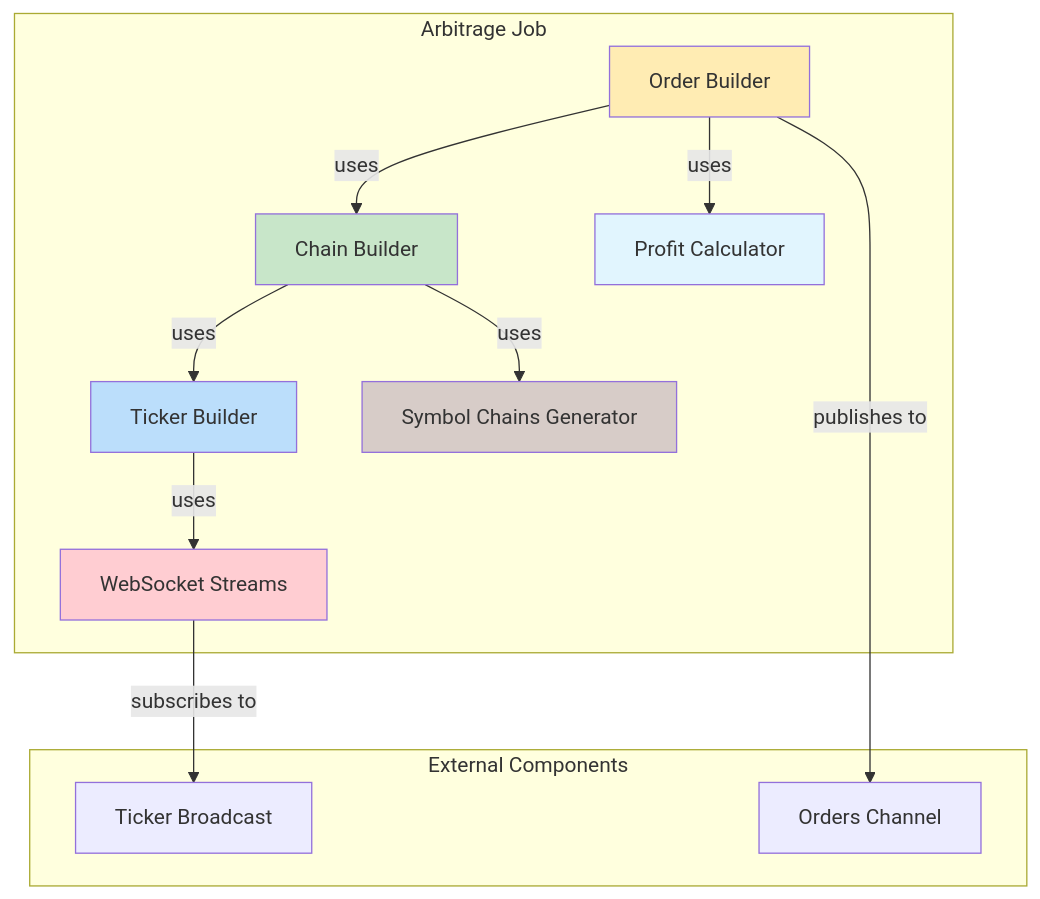
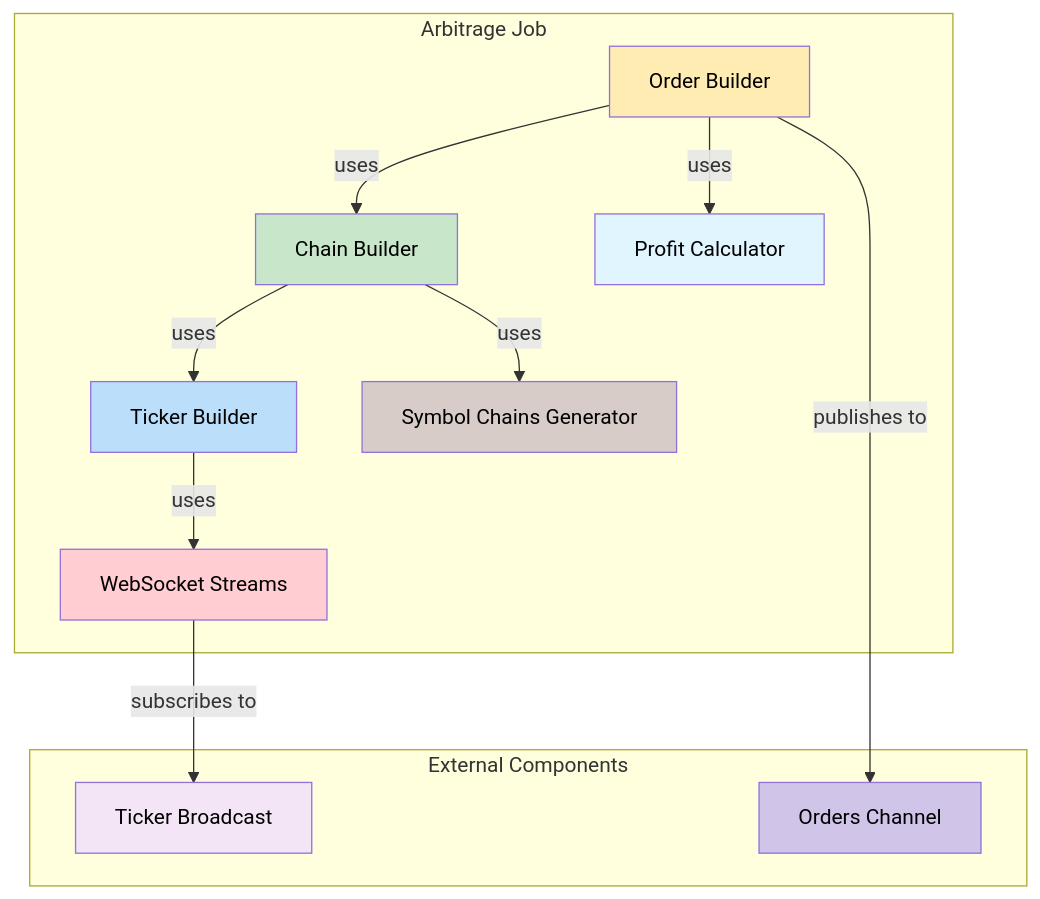
Before and after one commit to mkbeh/arb-bot-rs: the fourth of 6 diagrams in README.md, drawn with Mermaid. The commit also changed other lines of this file, not shown here.

````diff
--- a/README.md
+++ b/README.md
@@ -173,33 +130,35 @@
 ```mermaid
 flowchart TB
     subgraph ArbitrageJob[Arbitrage Job]
         TickerBuilder[Ticker Builder]
         ChainBuilder[Chain Builder]
         OrderBuilder[Order Builder]
-        
+
         WSStreams[WebSocket Streams]
         SymbolChains[Symbol Chains Generator]
         ProfitCalculator[Profit Calculator]
-        
+
         TickerBuilder -->|uses| WSStreams
         ChainBuilder -->|uses| SymbolChains
         ChainBuilder -->|uses| TickerBuilder
         OrderBuilder -->|uses| ChainBuilder
         OrderBuilder -->|uses| ProfitCalculator
     end
 
     subgraph External[External Components]
         Broadcast[Ticker Broadcast]
         OrdersChan[Orders Channel]
     end
 
     WSStreams -->|subscribes to| Broadcast
     OrderBuilder -->|publishes to| OrdersChan
-    
-    style TickerBuilder fill:#bbdefb
-    style ChainBuilder fill:#c8e6c9
-    style OrderBuilder fill:#ffecb3
-    style WSStreams fill:#ffcdd2
-    style SymbolChains fill:#d7ccc8
-    style ProfitCalculator fill:#e1f5fe
+
+    style TickerBuilder fill:#bbdefb,color:#000000
+    style ChainBuilder fill:#c8e6c9,color:#000000
+    style OrderBuilder fill:#ffecb3,color:#000000
+    style WSStreams fill:#ffcdd2,color:#000000
+    style SymbolChains fill:#d7ccc8,color:#000000
+    style ProfitCalculator fill:#e1f5fe,color:#000000
+    style Broadcast fill:#f3e5f5,color:#000000
+    style OrdersChan fill:#d1c4e9,color:#000000
 ```
````
